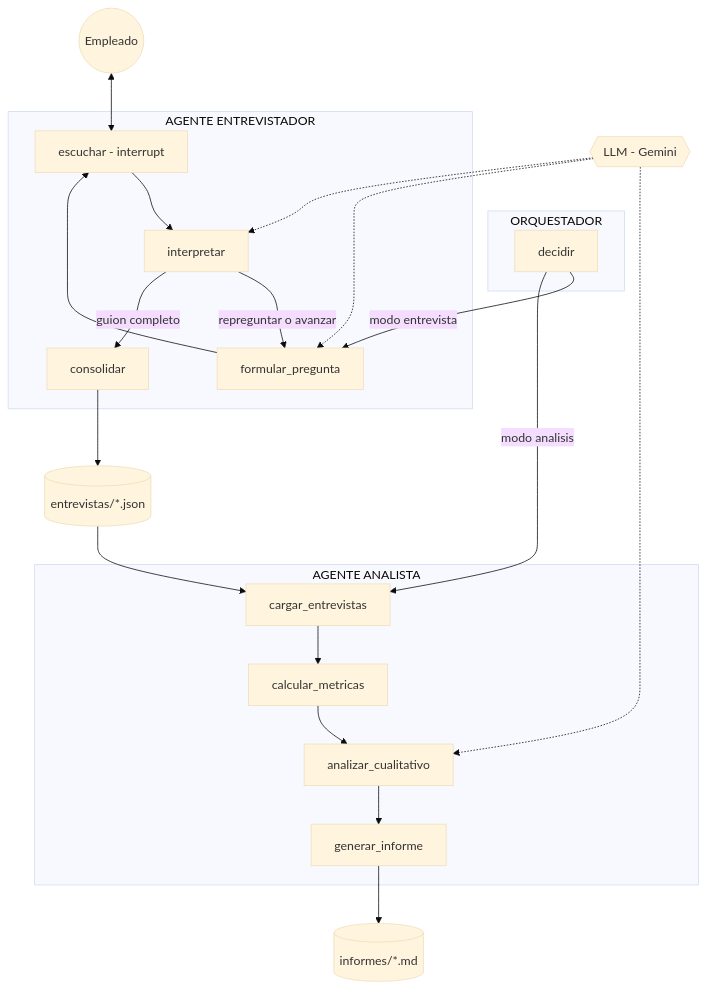
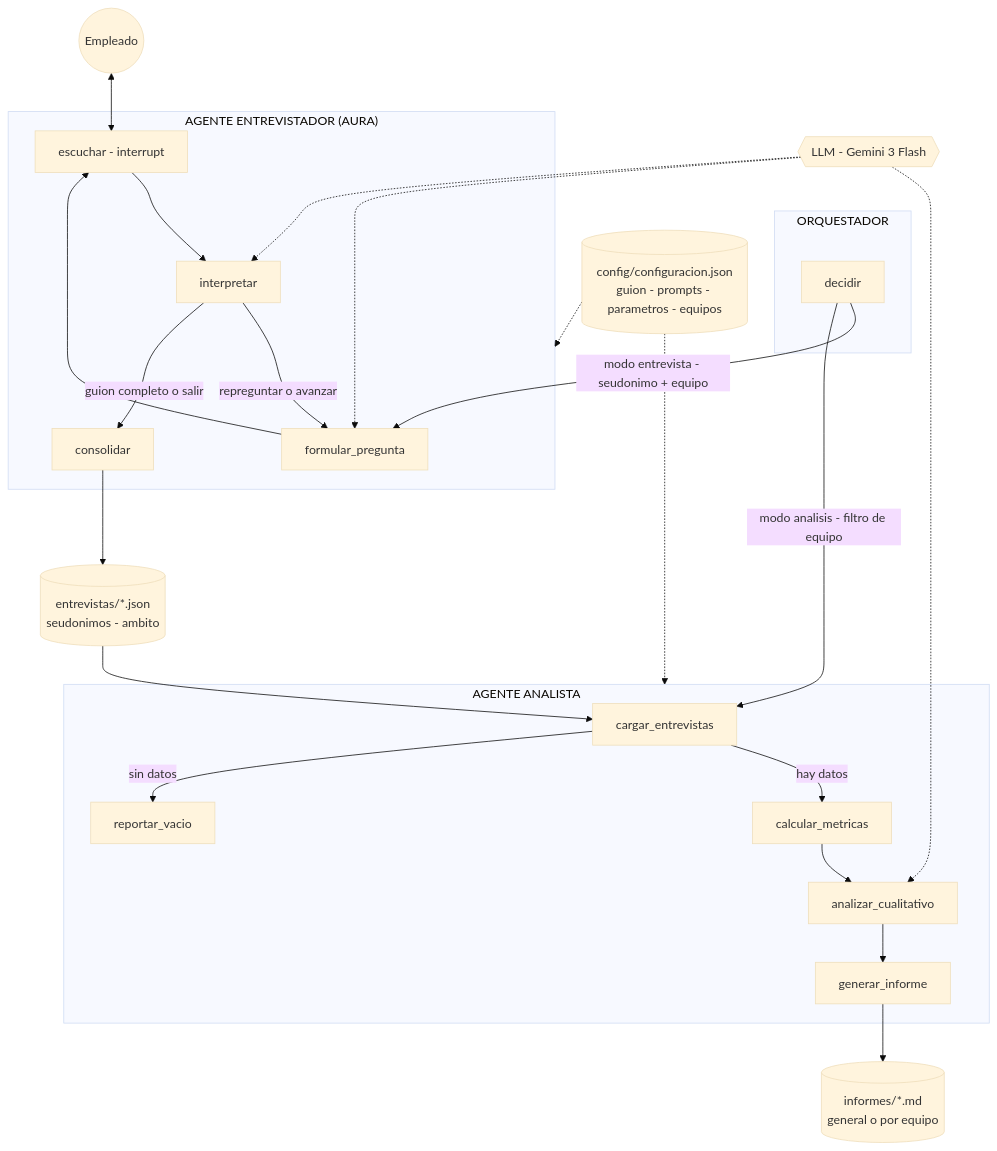
Before and after one commit to kucko/Prueba_Seti: the diagram in README.md, drawn with Mermaid (base theme). The commit also changed other lines of this file and 2 other files, not shown here.

Commit message:
Docs: README sincronizado, decisiones finales y diagrama de arquitectura

````diff
--- a/README.md
+++ b/README.md
@@ -55,32 +49,36 @@
 ```mermaid
 flowchart TB
     U((Empleado))
-    LLM{{"LLM - Gemini"}}
+    LLM{{"LLM - Gemini 3 Flash"}}
+    CFG[("config/configuracion.json<br/>guion - prompts - parametros - equipos")]
 
     subgraph ORQ["ORQUESTADOR"]
         D[decidir]
     end
 
-    subgraph A1["AGENTE ENTREVISTADOR"]
+    subgraph A1["AGENTE ENTREVISTADOR (AURA)"]
         F[formular_pregunta] --> E["escuchar - interrupt"]
         E --> I[interpretar]
         I -- "repreguntar o avanzar" --> F
-        I -- "guion completo" --> C[consolidar]
+        I -- "guion completo o salir" --> C[consolidar]
     end
 
     subgraph A2["AGENTE ANALISTA"]
-        L[cargar_entrevistas] --> M[calcular_metricas]
+        L[cargar_entrevistas] -- "hay datos" --> M[calcular_metricas]
+        L -- "sin datos" --> V[reportar_vacio]
         M --> Q[analizar_cualitativo]
         Q --> G[generar_informe]
     end
 
-    D -- "modo entrevista" --> F
-    D -- "modo analisis" --> L
+    D -- "modo entrevista - seudonimo + equipo" --> F
+    D -- "modo analisis - filtro de equipo" --> L
     U <--> E
-    C --> J[("entrevistas/*.json")]
+    C --> J[("entrevistas/*.json<br/>seudonimos - ambito")]
     J --> L
-    G --> R[("informes/*.md")]
+    G --> R[("informes/*.md<br/>general o por equipo")]
     LLM -.-> F
     LLM -.-> I
     LLM -.-> Q
+    CFG -.-> A1
+    CFG -.-> A2
 ```
````
